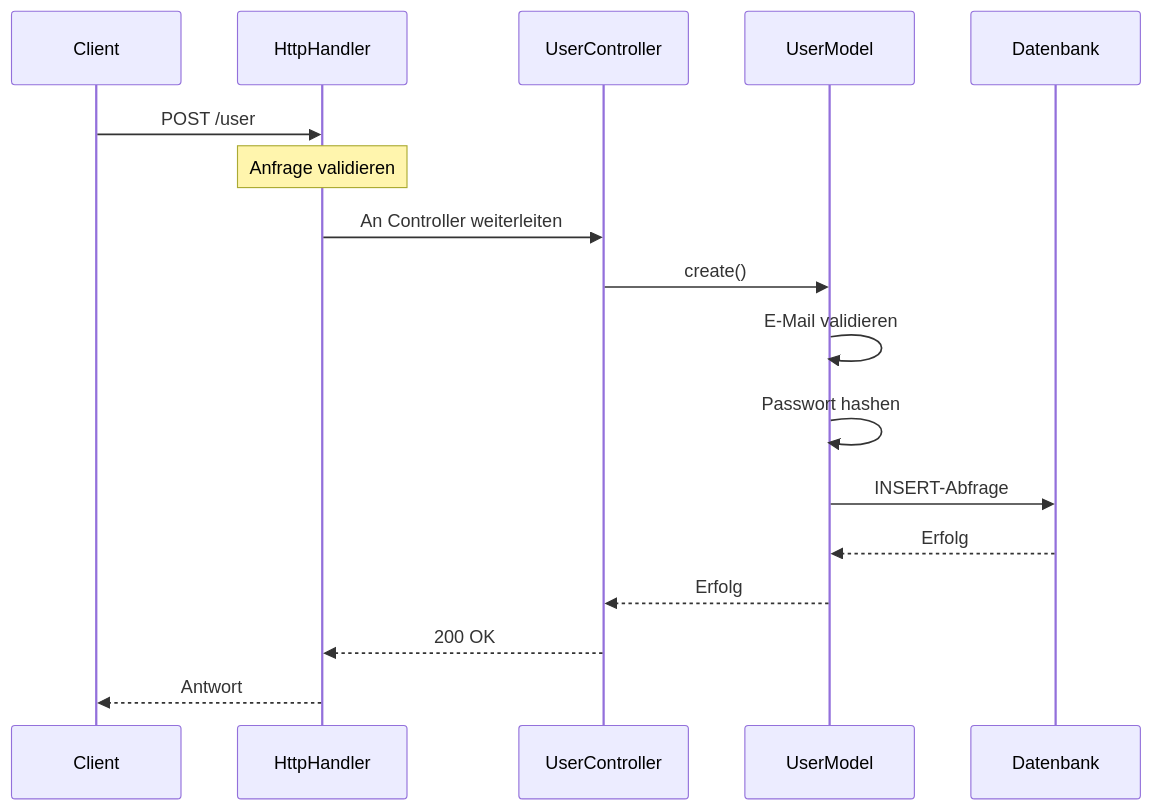
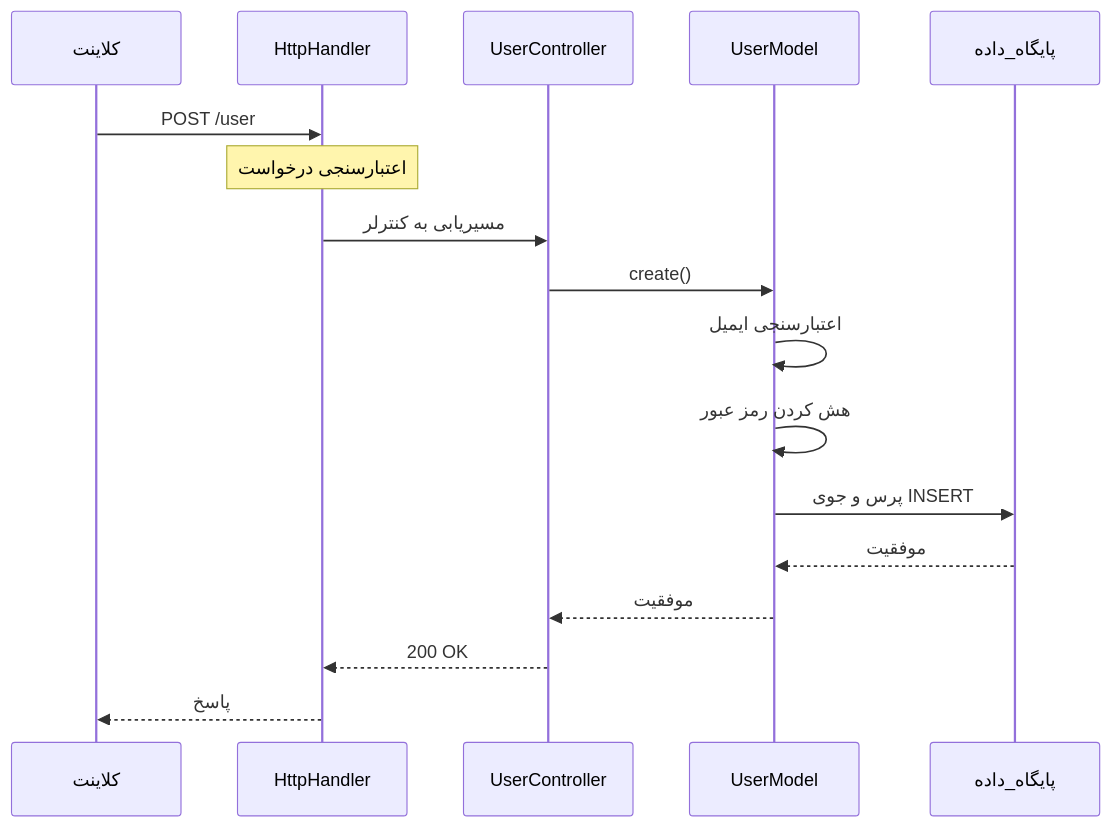
One commit to secure73/MicrosPy changed the second of 4 diagrams in DOCUMENTATION.de.md. Above: the diagram before and after it, drawn with Mermaid. The commit also changed other lines of this file and 2 other files, not shown here.

````diff
--- a/DOCUMENTATION.de.md
+++ b/DOCUMENTATION.de.md
@@ -549,20 +551,20 @@
 ```mermaid
 sequenceDiagram
-    participant Client
+    participant کلاینت
     participant HttpHandler
     participant UserController
     participant UserModel
-    participant Datenbank
+    participant پایگاه_داده
 
-    Client->>HttpHandler: POST /user
-    Note over HttpHandler: Anfrage validieren
-    HttpHandler->>UserController: An Controller weiterleiten
+    کلاینت->>HttpHandler: POST /user
+    Note over HttpHandler: اعتبارسنجی درخواست
+    HttpHandler->>UserController: مسیریابی به کنترلر
     UserController->>UserModel: create()
-    UserModel->>UserModel: E-Mail validieren
-    UserModel->>UserModel: Passwort hashen
-    UserModel->>Datenbank: INSERT-Abfrage
-    Datenbank-->>UserModel: Erfolg
-    UserModel-->>UserController: Erfolg
+    UserModel->>UserModel: اعتبارسنجی ایمیل
+    UserModel->>UserModel: هش کردن رمز عبور
+    UserModel->>پایگاه_داده: پرس و جوی INSERT
+    پایگاه_داده-->>UserModel: موفقیت
+    UserModel-->>UserController: موفقیت
     UserController-->>HttpHandler: 200 OK
-    HttpHandler-->>Client: Antwort
+    HttpHandler-->>کلاینت: پاسخ
 ```
````
